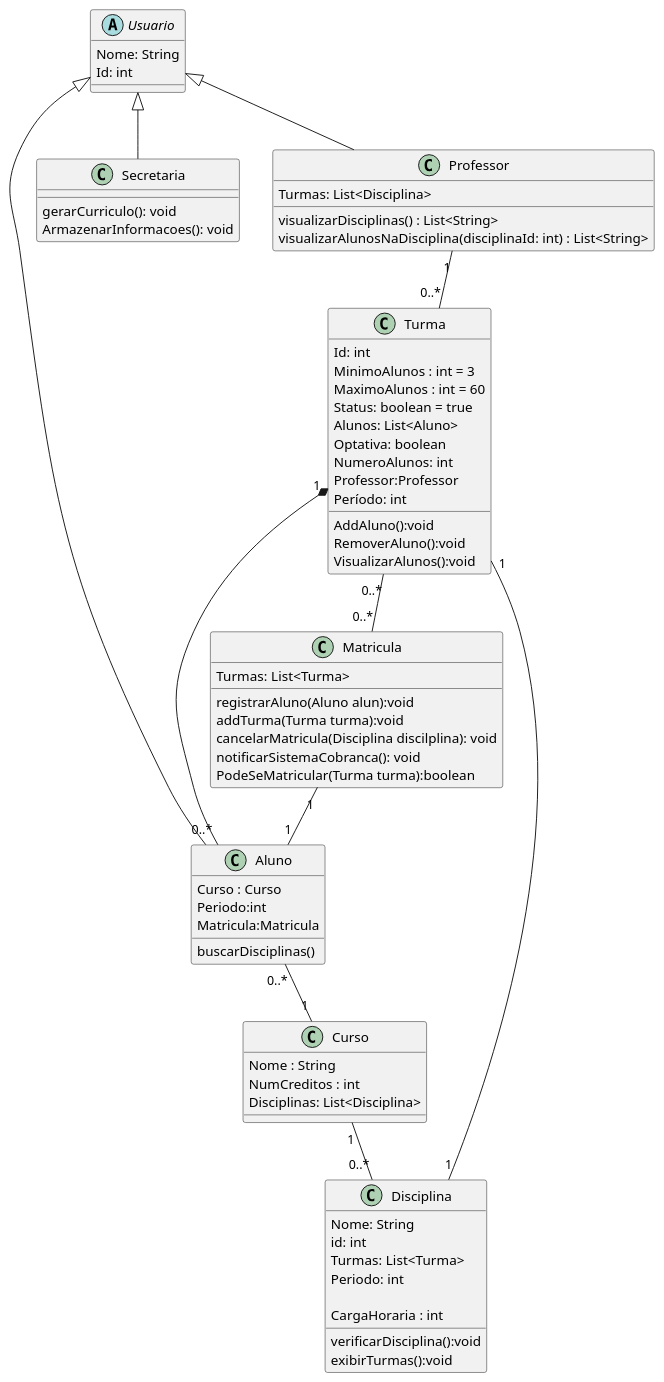
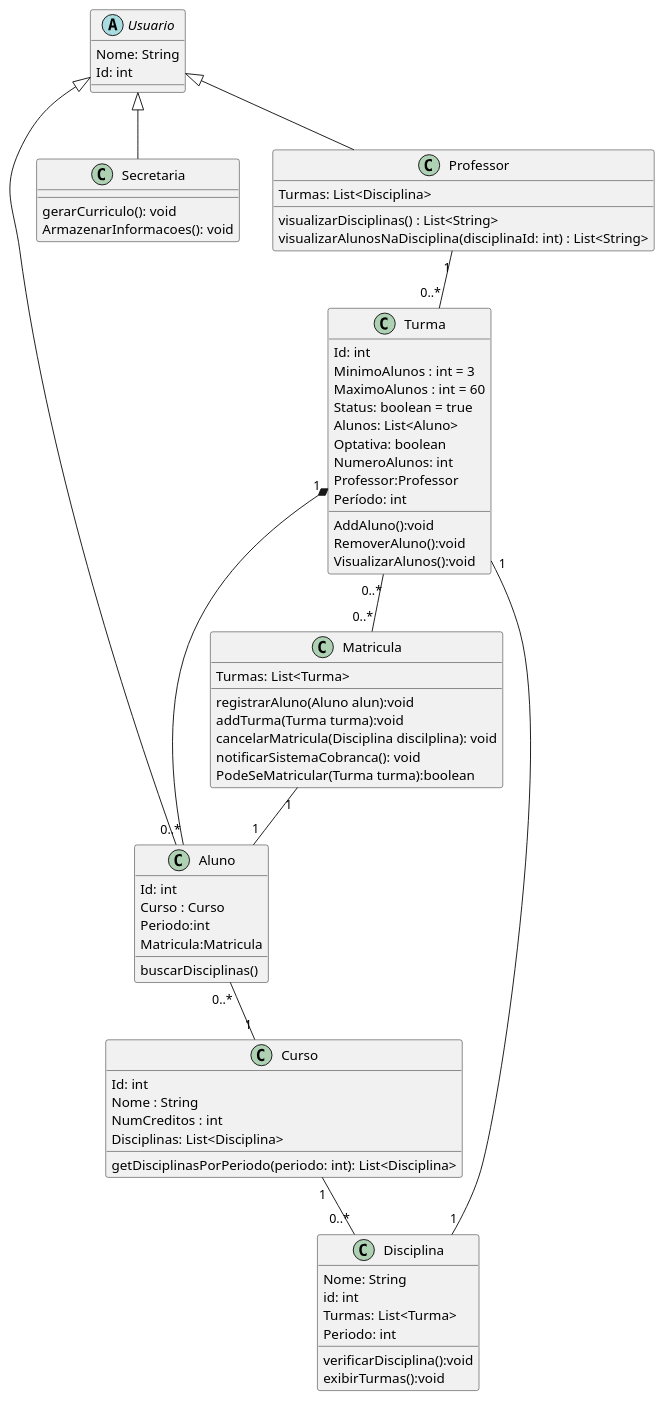
The diagram in project/code/DiagramaClasse.puml (pedrofr1313/Laboratorio-Projeto-de-Software), drawn with PlantUML before and after one commit. The commit also changed 8 other files, not shown here.

```diff
--- a/project/code/DiagramaClasse.puml
+++ b/project/code/DiagramaClasse.puml
@@ -1,83 +1,83 @@
 @startuml
 class  Curso{
+     Id: int
      Nome : String
      NumCreditos : int
      Disciplinas: List<Disciplina>
-    
+     getDisciplinasPorPeriodo(periodo: int): List<Disciplina>
 }
 class  Aluno{
+ Id: int
  Curso : Curso
  Periodo:int 
  Matricula:Matricula
  buscarDisciplinas()  
 
 }
 class  Turma{
     Id: int
     MinimoAlunos : int = 3
     MaximoAlunos : int = 60
     Status: boolean = true
     Alunos: List<Aluno>
     Optativa: boolean
     NumeroAlunos: int
     AddAluno():void
     RemoverAluno():void
     Professor:Professor
     Período: int
     VisualizarAlunos():void
 
 }
 class  Secretaria
 {
     
     gerarCurriculo(): void
     ArmazenarInformacoes(): void
     
 }
 class  Professor
 {
     Turmas: List<Disciplina>
     visualizarDisciplinas() : List<String>
     visualizarAlunosNaDisciplina(disciplinaId: int) : List<String>
     
 
 }
 class  Disciplina{
     Nome: String
     id: int
     Turmas: List<Turma>
     Periodo: int
-
-    CargaHoraria : int
     
     verificarDisciplina():void
     exibirTurmas():void
 }
 class Matricula{
     
     Turmas: List<Turma>
     registrarAluno(Aluno alun):void
     addTurma(Turma turma):void
     cancelarMatricula(Disciplina discilplina): void
     notificarSistemaCobranca(): void
     PodeSeMatricular(Turma turma):boolean
     
 }
 
 abstract class Usuario{
     Nome: String
     Id: int
 }
 
 Turma "1" -- "1"Disciplina
 Professor "1"-- "0..*" Turma
 Matricula "1" -- "1" Aluno
 Turma "1" *-- "0..*"Aluno
 Curso "1"-- "0..*"Disciplina
 Usuario <|-- Aluno
 Usuario <|-- Professor
 Usuario <|-- Secretaria
 Turma "0..*" -- "0..*"Matricula
 Aluno "0..*"--"1"Curso
 
 @enduml
```
